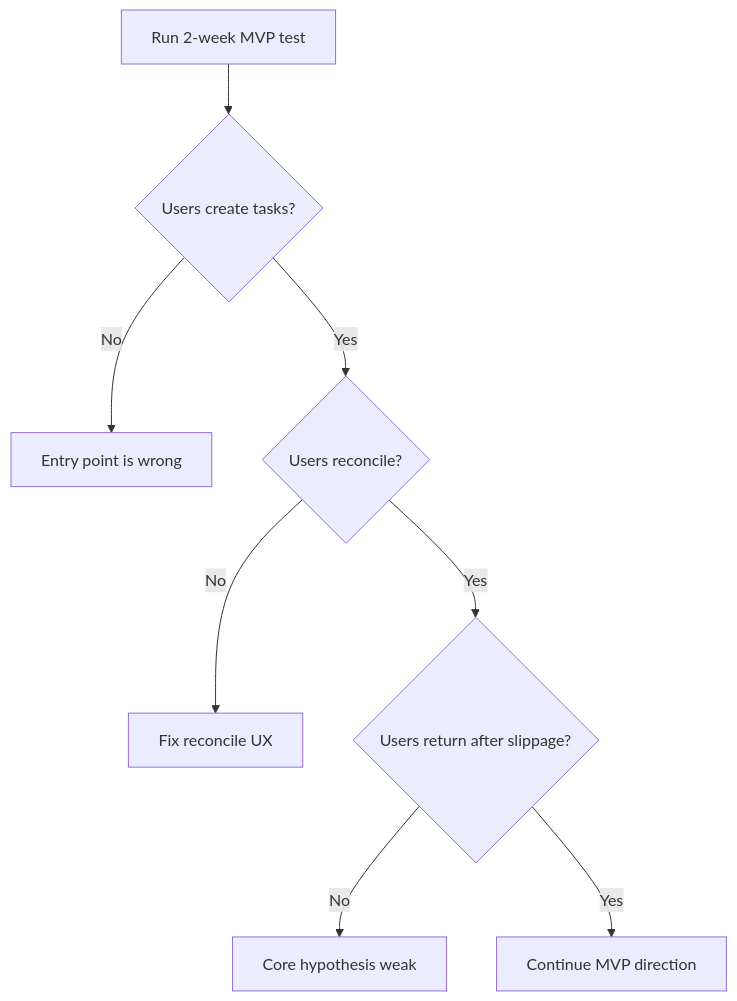
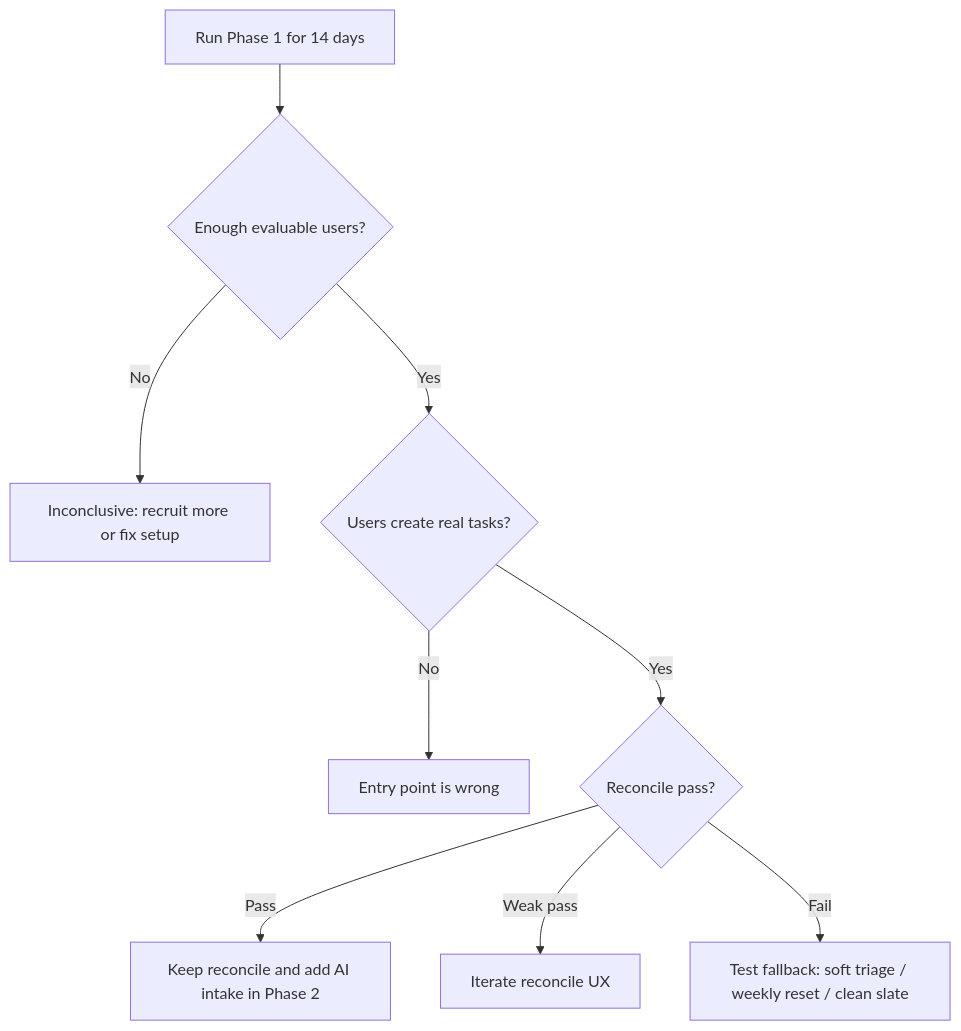
Before and after one commit to mahdidelavarz/adaptivePlannerMindMap: the diagram in 04-Specs/metrics.md, drawn with Mermaid. The commit also changed other lines of this file, not shown here.

Commit message:
Refine reconcile success criteria and validation phases

````diff
--- a/04-Specs/metrics.md
+++ b/04-Specs/metrics.md
@@ -45,10 +93,11 @@
 ```mermaid
 flowchart TD
-  A["Run 2-week MVP test"] --> B{"Users create tasks?"}
-  B -->|No| C["Entry point is wrong"]
-  B -->|Yes| D{"Users reconcile?"}
-  D -->|No| E["Fix reconcile UX"]
-  D -->|Yes| F{"Users return after slippage?"}
-  F -->|No| G["Core hypothesis weak"]
-  F -->|Yes| H["Continue MVP direction"]
+  A["Run Phase 1 for 14 days"] --> B{"Enough evaluable users?"}
+  B -->|No| C["Inconclusive: recruit more or fix setup"]
+  B -->|Yes| D{"Users create real tasks?"}
+  D -->|No| E["Entry point is wrong"]
+  D -->|Yes| F{"Reconcile pass?"}
+  F -->|Pass| G["Keep reconcile and add AI intake in Phase 2"]
+  F -->|Weak pass| H["Iterate reconcile UX"]
+  F -->|Fail| I["Test fallback: soft triage / weekly reset / clean slate"]
 ```
````
